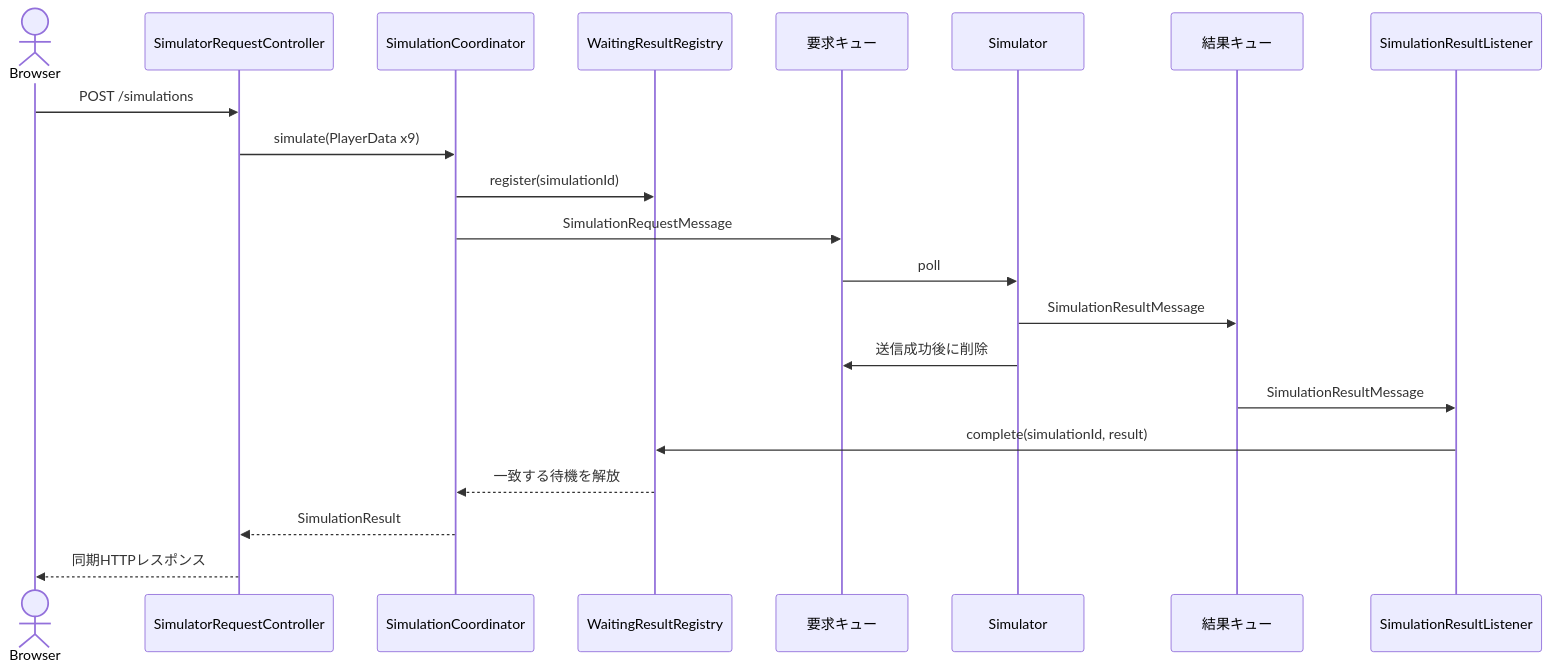
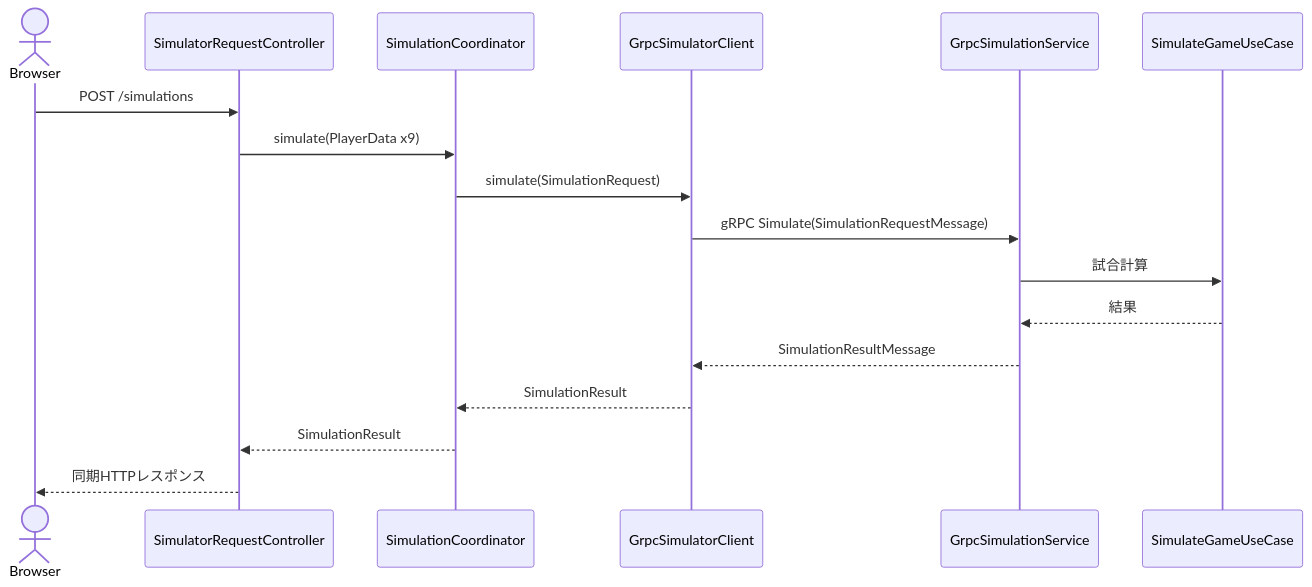
Before and after one commit to midetaro/baseball-orders: the second of 3 diagrams in README.md, drawn with Mermaid. The commit also changed other lines of this file and 21 other files, not shown here.

First line of the commit message:
docs: describe the gRPC connection between backend and simulator in place of SQS

````diff
--- a/README.md
+++ b/README.md
@@ -140,24 +143,20 @@
 ```mermaid
 sequenceDiagram
     actor Browser
     participant API as SimulatorRequestController
     participant Coordinator as SimulationCoordinator
-    participant Registry as WaitingResultRegistry
-    participant RequestQ as 要求キュー
-    participant Simulator
-    participant ResultQ as 結果キュー
-    participant Listener as SimulationResultListener
+    participant Client as GrpcSimulatorClient
+    participant Service as GrpcSimulationService
+    participant UseCase as SimulateGameUseCase
 
     Browser->>API: POST /simulations
     API->>Coordinator: simulate(PlayerData x9)
-    Coordinator->>Registry: register(simulationId)
-    Coordinator->>RequestQ: SimulationRequestMessage
-    RequestQ->>Simulator: poll
-    Simulator->>ResultQ: SimulationResultMessage
-    Simulator->>RequestQ: 送信成功後に削除
-    ResultQ->>Listener: SimulationResultMessage
-    Listener->>Registry: complete(simulationId, result)
-    Registry-->>Coordinator: 一致する待機を解放
+    Coordinator->>Client: simulate(SimulationRequest)
+    Client->>Service: gRPC Simulate(SimulationRequestMessage)
+    Service->>UseCase: 試合計算
+    UseCase-->>Service: 結果
+    Service-->>Client: SimulationResultMessage
+    Client-->>Coordinator: SimulationResult
     Coordinator-->>API: SimulationResult
     API-->>Browser: 同期HTTPレスポンス
 ```
````
